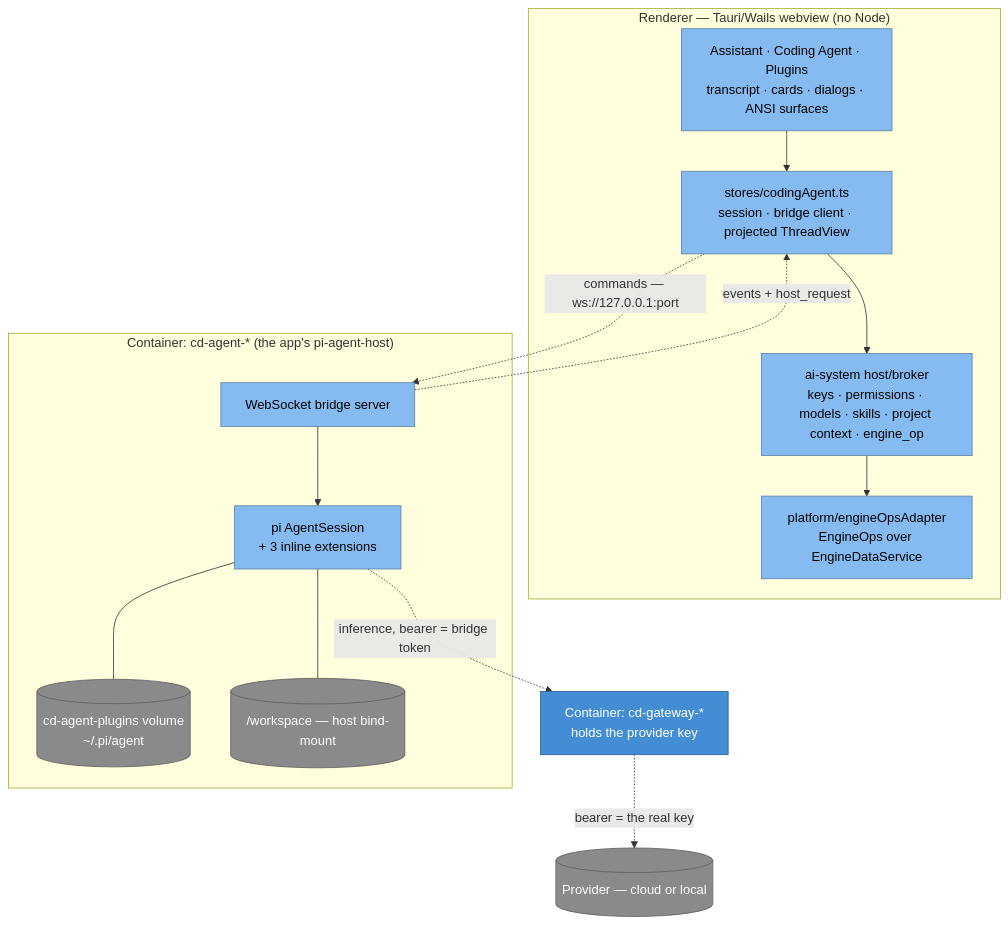
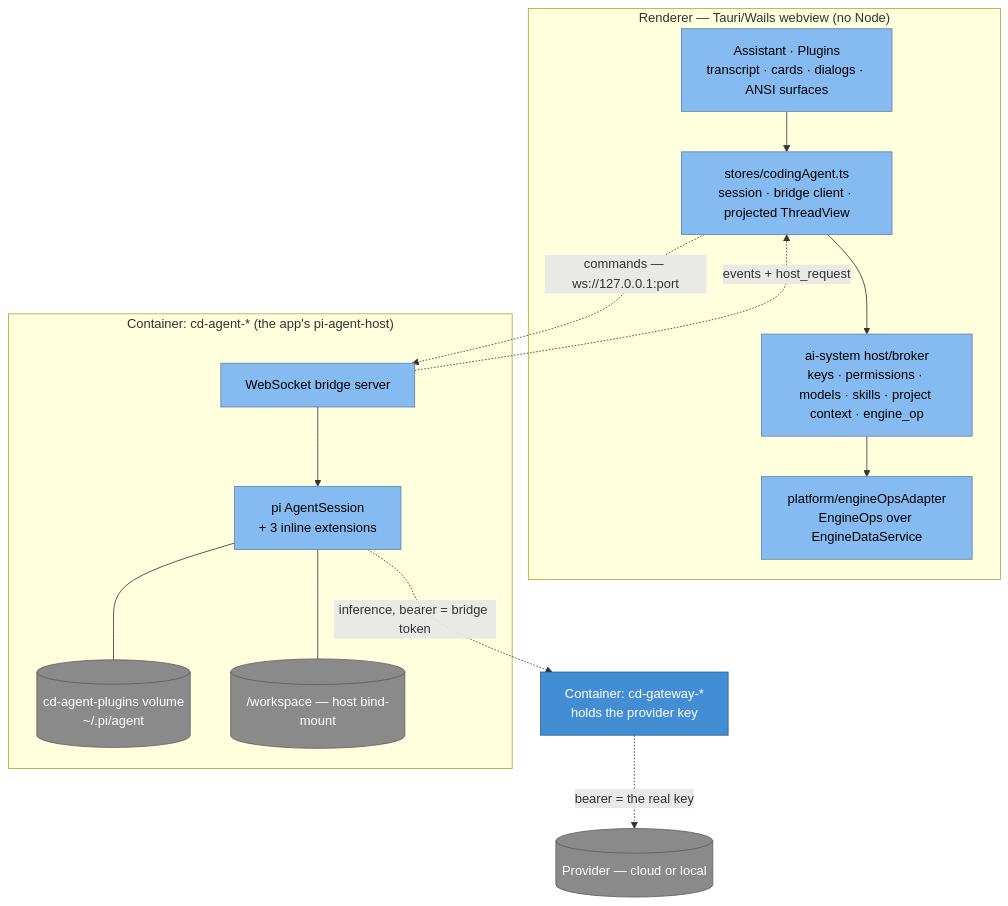
The diagram in docs/architecture/ai-subsystem.md (iongion/container-desktop), drawn with Mermaid before and after one commit. The commit also changed other lines of this file and 58 other files, not shown here.

````diff
--- a/docs/architecture/ai-subsystem.md
+++ b/docs/architecture/ai-subsystem.md
@@ -22,31 +22,31 @@
 ```mermaid
 flowchart TB
   subgraph renderer["Renderer — Tauri/Wails webview (no Node)"]
-    ui["Assistant · Coding Agent · Plugins<br/>transcript · cards · dialogs · ANSI surfaces"]:::component
+    ui["Assistant · Plugins<br/>transcript · cards · dialogs · ANSI surfaces"]:::component
     store["stores/codingAgent.ts<br/>session · bridge client · projected ThreadView"]:::component
     broker["ai-system host/broker<br/>keys · permissions · models · skills · project context · engine_op"]:::component
     ops["platform/engineOpsAdapter<br/>EngineOps over EngineDataService"]:::component
   end
   subgraph agent["Container: cd-agent-* (the app's pi-agent-host)"]
     host["WebSocket bridge server"]:::component
     pi["pi AgentSession<br/>+ 3 inline extensions"]:::component
     vol[("cd-agent-plugins volume<br/>~/.pi/agent")]:::external
     ws[("/workspace — host bind-mount")]:::external
   end
   gw["Container: cd-gateway-*<br/>holds the provider key"]:::container
   prov[(Provider — cloud or local)]:::external
 
   ui --> store
   store -.->|"commands — ws://127.0.0.1:port"| host
   host -.->|"events + host_request"| store
   host --> pi
   pi --- vol
   pi --- ws
   store --> broker --> ops
   pi -.->|"inference, bearer = bridge token"| gw
   gw -.->|"bearer = the real key"| prov
 
   classDef component fill:#85bbf0,color:#000,stroke:#5d82a8;
   classDef container fill:#438dd5,color:#fff,stroke:#2e6295;
   classDef external fill:#8a8a8a,color:#fff,stroke:#5e5e5e;
 ```
````
